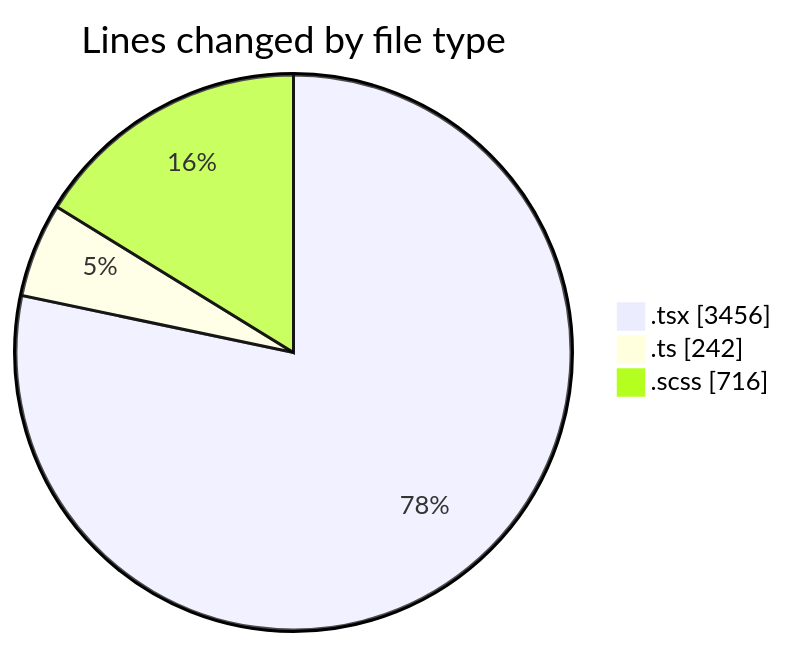
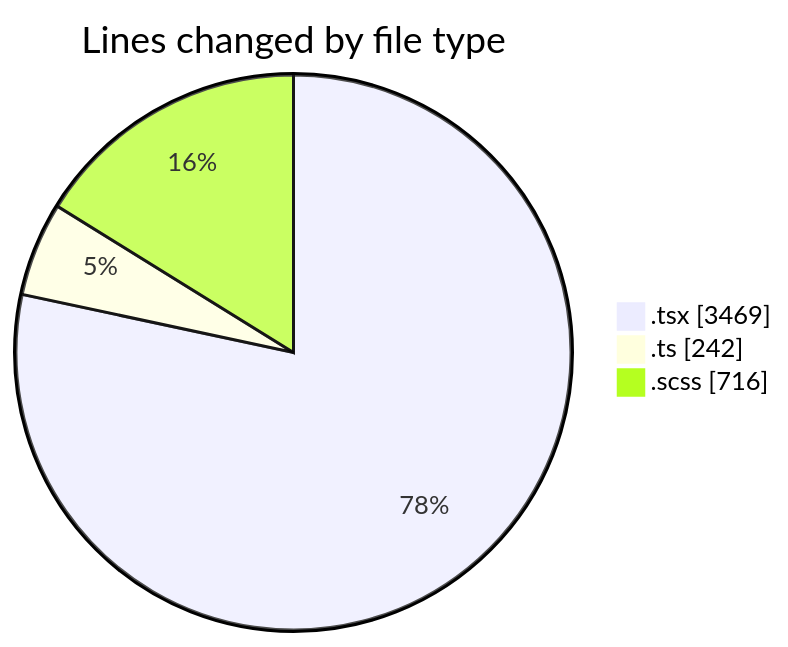
The first of 2 diagrams in 2025-09-15/cda/README.md (momahboobian/code-tracking), drawn with Mermaid before and after one commit. The commit also changed other lines of this file and 1 other file, not shown here.

````diff
--- a/2025-09-15/cda/README.md
+++ b/2025-09-15/cda/README.md
@@ -25,7 +25,7 @@
 ```mermaid
 pie showData
 title Lines changed by file type
-".tsx" : 3456
+".tsx" : 3469
 ".ts" : 242
 ".scss" : 716
 ```
````
